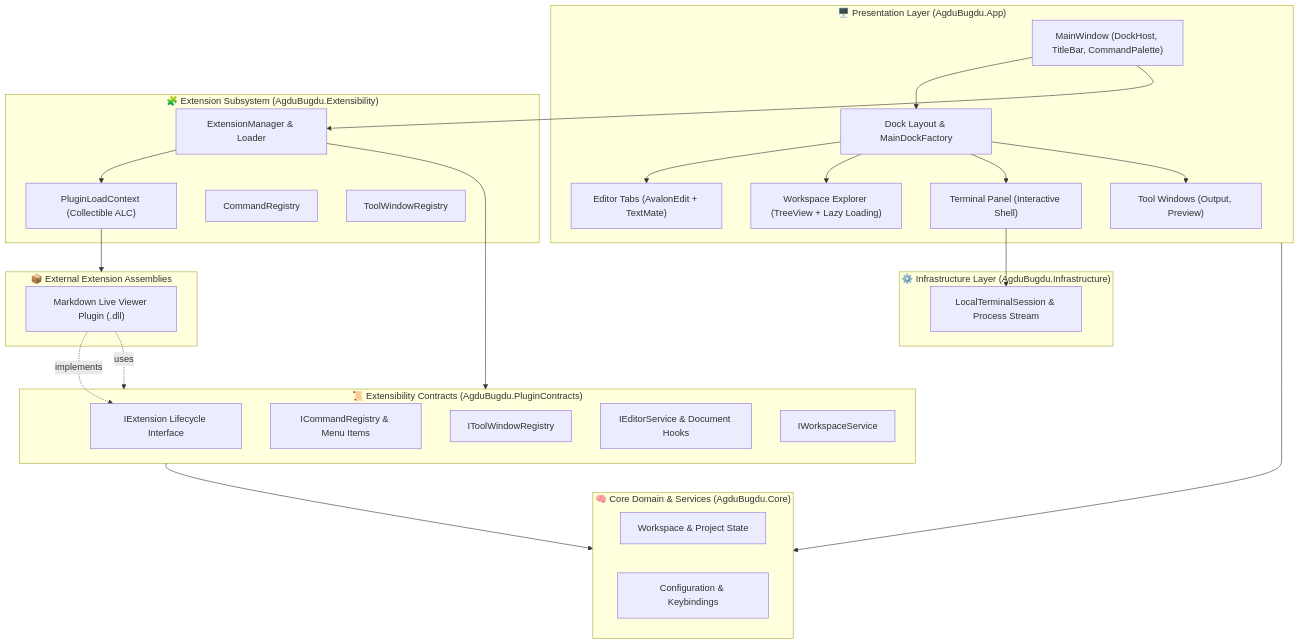
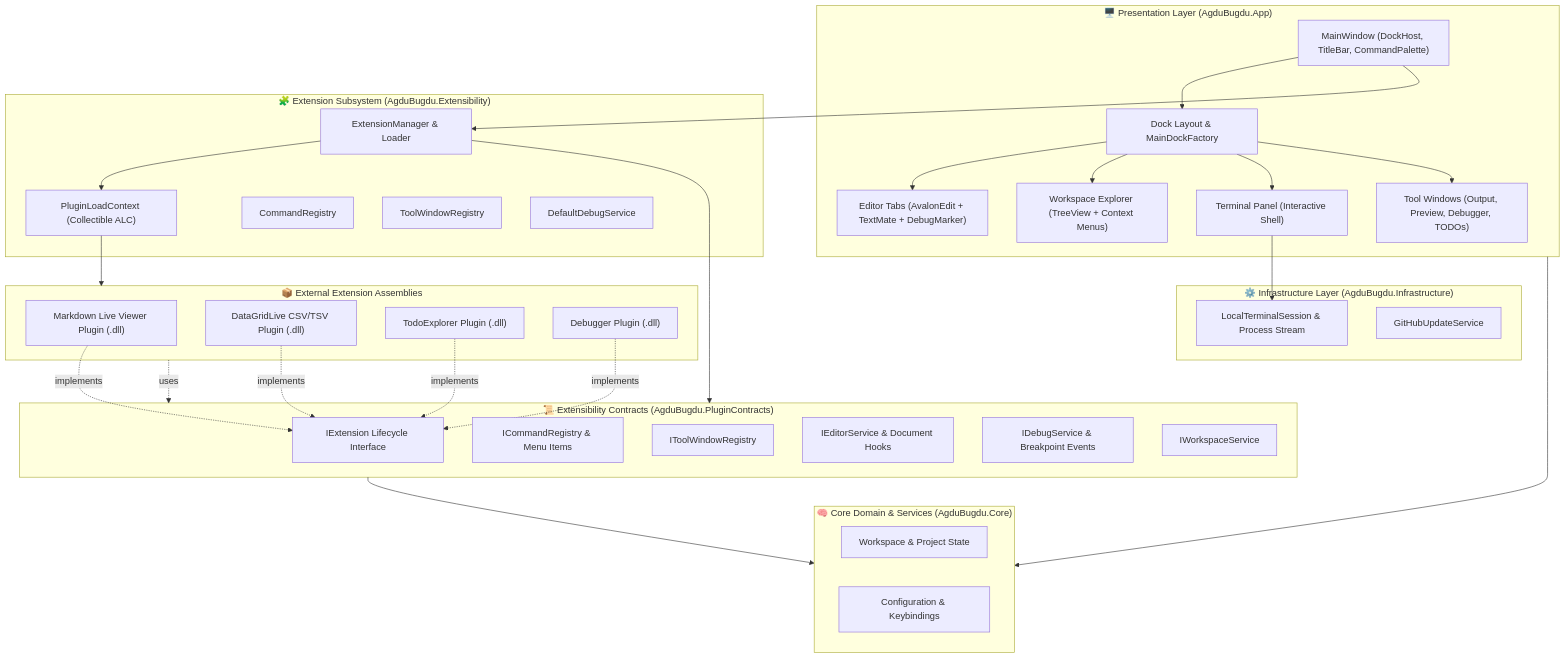
The first of 2 diagrams in README.md (indoctrinatedrecluse/AgduBugdu), drawn with Mermaid before and after one commit. The commit also changed other lines of this file and 31 other files, not shown here.

Commit message:
feat(plugins): add DataGridLive, TodoExplorer, and Run & Debugger Workbench extensions

````diff
--- a/README.md
+++ b/README.md
@@ -62,51 +65,60 @@
 ```mermaid
 graph TD
     subgraph UI ["🖥️ Presentation Layer (AgduBugdu.App)"]
         MainWindow["MainWindow (DockHost, TitleBar, CommandPalette)"]
         DockManager["Dock Layout & MainDockFactory"]
-        EditorView["Editor Tabs (AvalonEdit + TextMate)"]
-        ExplorerView["Workspace Explorer (TreeView + Lazy Loading)"]
+        EditorView["Editor Tabs (AvalonEdit + TextMate + DebugMarker)"]
+        ExplorerView["Workspace Explorer (TreeView + Context Menus)"]
         TerminalView["Terminal Panel (Interactive Shell)"]
-        ToolPanels["Tool Windows (Output, Preview)"]
+        ToolPanels["Tool Windows (Output, Preview, Debugger, TODOs)"]
     end
 
     subgraph ExtMgr ["🧩 Extension Subsystem (AgduBugdu.Extensibility)"]
         ExtensionManager["ExtensionManager & Loader"]
         ALCRegistry["PluginLoadContext (Collectible ALC)"]
         CommandReg["CommandRegistry"]
         ToolReg["ToolWindowRegistry"]
+        DebugSvc["DefaultDebugService"]
     end
 
     subgraph Infra ["⚙️ Infrastructure Layer (AgduBugdu.Infrastructure)"]
         TerminalSession["LocalTerminalSession & Process Stream"]
+        UpdateService["GitHubUpdateService"]
     end
 
     subgraph Contracts ["📜 Extensibility Contracts (AgduBugdu.PluginContracts)"]
         IExtension["IExtension Lifecycle Interface"]
         ICommandRegistry["ICommandRegistry & Menu Items"]
         IToolWindowRegistry["IToolWindowRegistry"]
         IEditorService["IEditorService & Document Hooks"]
+        IDebugService["IDebugService & Breakpoint Events"]
         IWorkspaceService["IWorkspaceService"]
     end
 
     subgraph Core ["🧠 Core Domain & Services (AgduBugdu.Core)"]
         Workspace["Workspace & Project State"]
         Config["Configuration & Keybindings"]
     end
 
     subgraph Plugins ["📦 External Extension Assemblies"]
         MarkdownPlugin["Markdown Live Viewer Plugin (.dll)"]
+        DataGridPlugin["DataGridLive CSV/TSV Plugin (.dll)"]
+        TodoPlugin["TodoExplorer Plugin (.dll)"]
+        DebuggerPlugin["Debugger Plugin (.dll)"]
     end
 
     MainWindow --> DockManager
     DockManager --> EditorView & ExplorerView & TerminalView & ToolPanels
     TerminalView --> TerminalSession
     MainWindow --> ExtensionManager
     ExtensionManager --> ALCRegistry
     ALCRegistry --> Plugins
     MarkdownPlugin -.implements.-> IExtension
-    MarkdownPlugin -.uses.-> Contracts
+    DataGridPlugin -.implements.-> IExtension
+    TodoPlugin -.implements.-> IExtension
+    DebuggerPlugin -.implements.-> IExtension
+    Plugins -.uses.-> Contracts
     ExtensionManager --> Contracts
     UI --> Core
     Contracts --> Core
 ```
````
